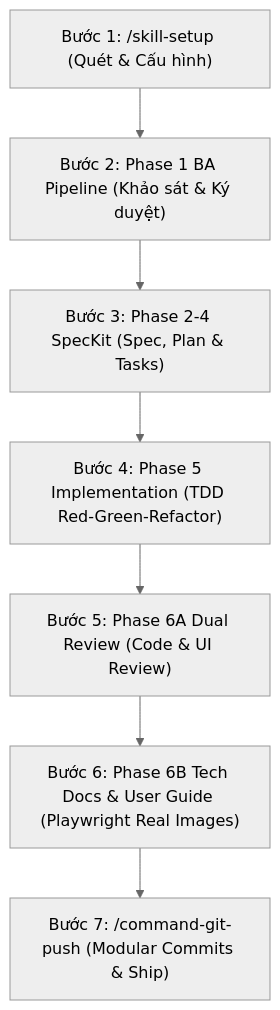
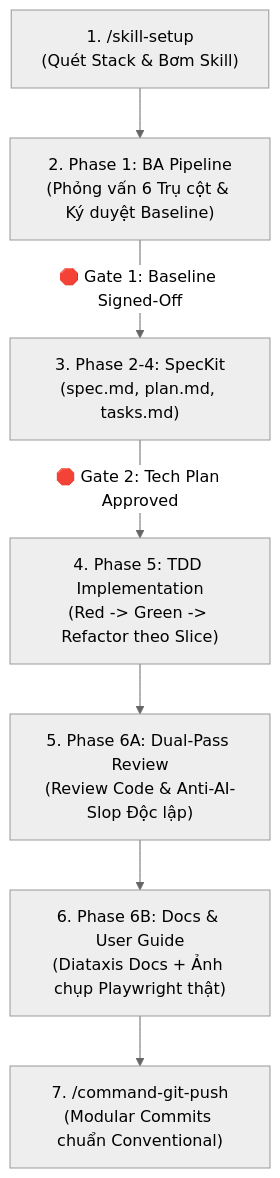
The third of 3 diagrams in README.md (ahauy/universal-agents-workflow), drawn with Mermaid (neutral theme) before and after one commit. The commit also changed other lines of this file, not shown here.

Commit message:
docs(readme): rewrite readme with enterprise vs personal workflows and quickstart guide

````diff
--- a/README.md
+++ b/README.md
@@ -271,9 +185,9 @@
 ```mermaid
 flowchart TD
-    S0["Bước 1: /skill-setup (Quét & Cấu hình)"] --> S1["Bước 2: Phase 1 BA Pipeline (Khảo sát & Ký duyệt)"]
-    S1 --> S2["Bước 3: Phase 2-4 SpecKit (Spec, Plan & Tasks)"]
-    S2 --> S3["Bước 4: Phase 5 Implementation (TDD Red-Green-Refactor)"]
-    S3 --> S4["Bước 5: Phase 6A Dual Review (Code & UI Review)"]
-    S4 --> S5["Bước 6: Phase 6B Tech Docs & User Guide (Playwright Real Images)"]
-    S5 --> S6["Bước 7: /command-git-push (Modular Commits & Ship)"]
+    S1["1. /skill-setup<br/>(Quét Stack & Bơm Skill)"] --> S2["2. Phase 1: BA Pipeline<br/>(Phỏng vấn 6 Trụ cột & Ký duyệt Baseline)"]
+    S2 -->|🛑 Gate 1: Baseline Signed-Off| S3["3. Phase 2-4: SpecKit<br/>(spec.md, plan.md, tasks.md)"]
+    S3 -->|🛑 Gate 2: Tech Plan Approved| S4["4. Phase 5: TDD Implementation<br/>(Red -> Green -> Refactor theo Slice)"]
+    S4 --> S5["5. Phase 6A: Dual-Pass Review<br/>(Review Code & Anti-AI-Slop Độc lập)"]
+    S5 --> S6["6. Phase 6B: Docs & User Guide<br/>(Diataxis Docs + Ảnh chụp Playwright thật)"]
+    S6 --> S7["7. /command-git-push<br/>(Modular Commits chuẩn Conventional)"]
 ```
````
